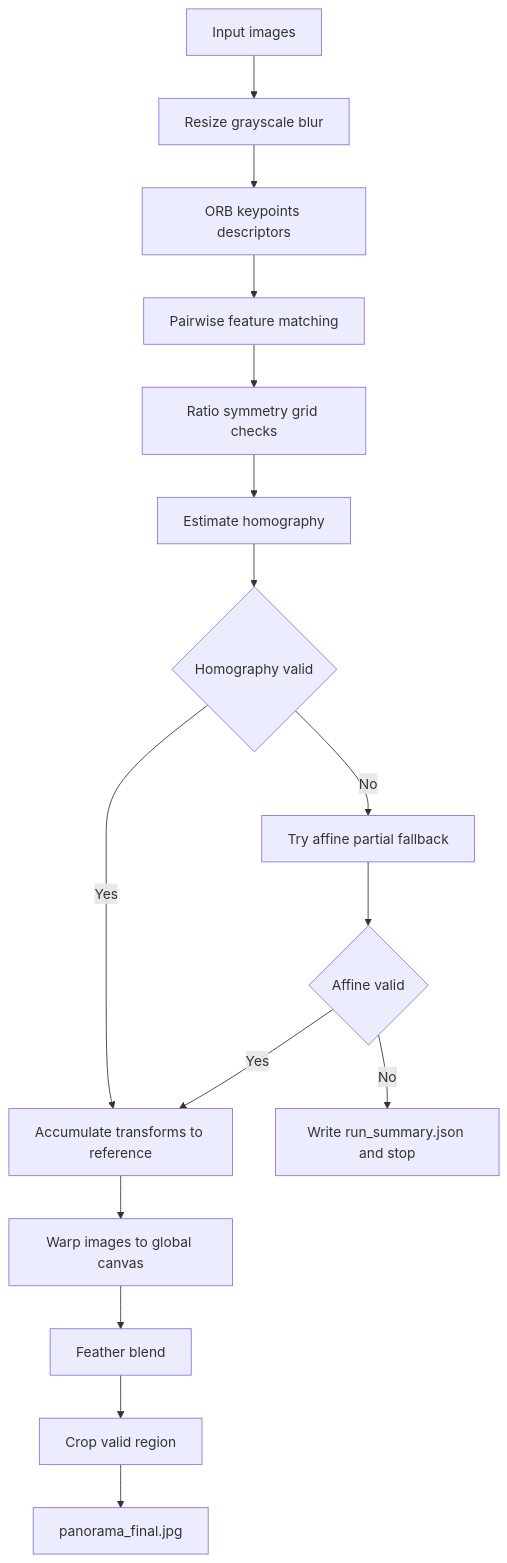
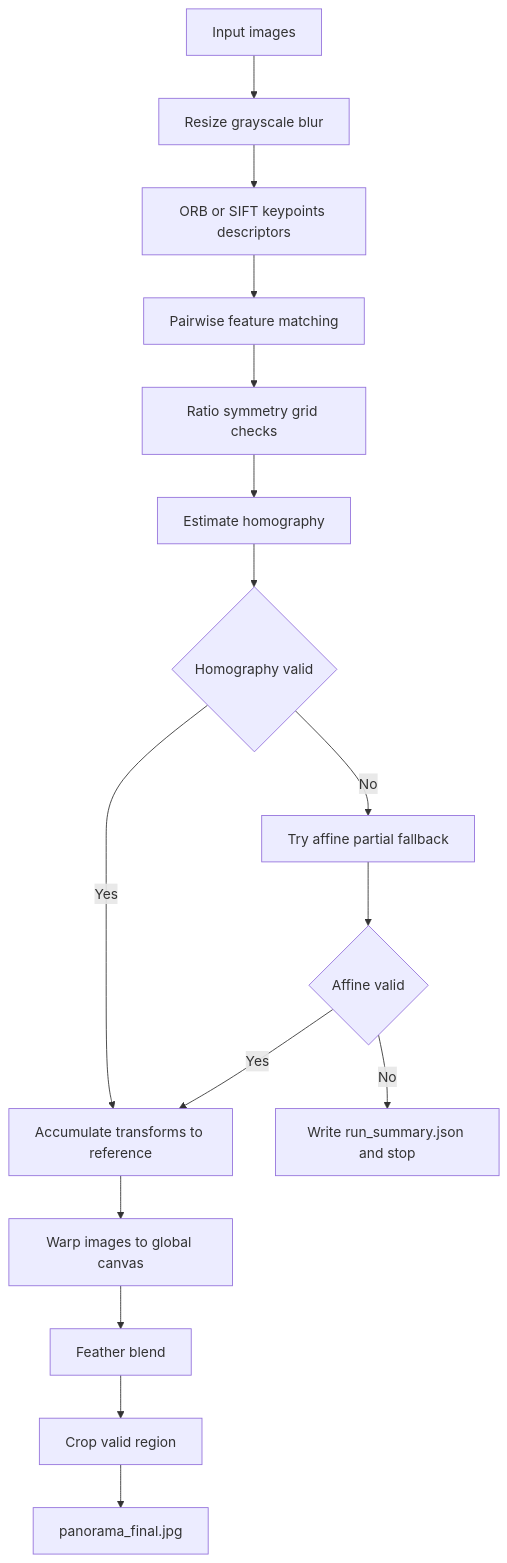
The first of 2 diagrams in README.md (KhanhNguyen2712/BTL_CV_3), drawn with Mermaid before and after one commit. The commit also changed other lines of this file and 4 other files, not shown here.

````diff
--- a/README.md
+++ b/README.md
@@ -24,25 +24,25 @@
 ```mermaid
 flowchart TD
     A[Input images]
     B[Resize grayscale blur]
-    C[ORB keypoints descriptors]
+    C[ORB or SIFT keypoints descriptors]
     D[Pairwise feature matching]
     E[Ratio symmetry grid checks]
     F[Estimate homography]
     G{Homography valid}
     H[Try affine partial fallback]
     I{Affine valid}
     J[Accumulate transforms to reference]
     K[Warp images to global canvas]
     L[Feather blend]
     M[Crop valid region]
     N[panorama_final.jpg]
     X[Write run_summary.json and stop]
 
     A --> B --> C --> D --> E --> F --> G
     G -- Yes --> J
     G -- No --> H --> I
     I -- Yes --> J
     I -- No --> X
     J --> K --> L --> M --> N
 ```
````
